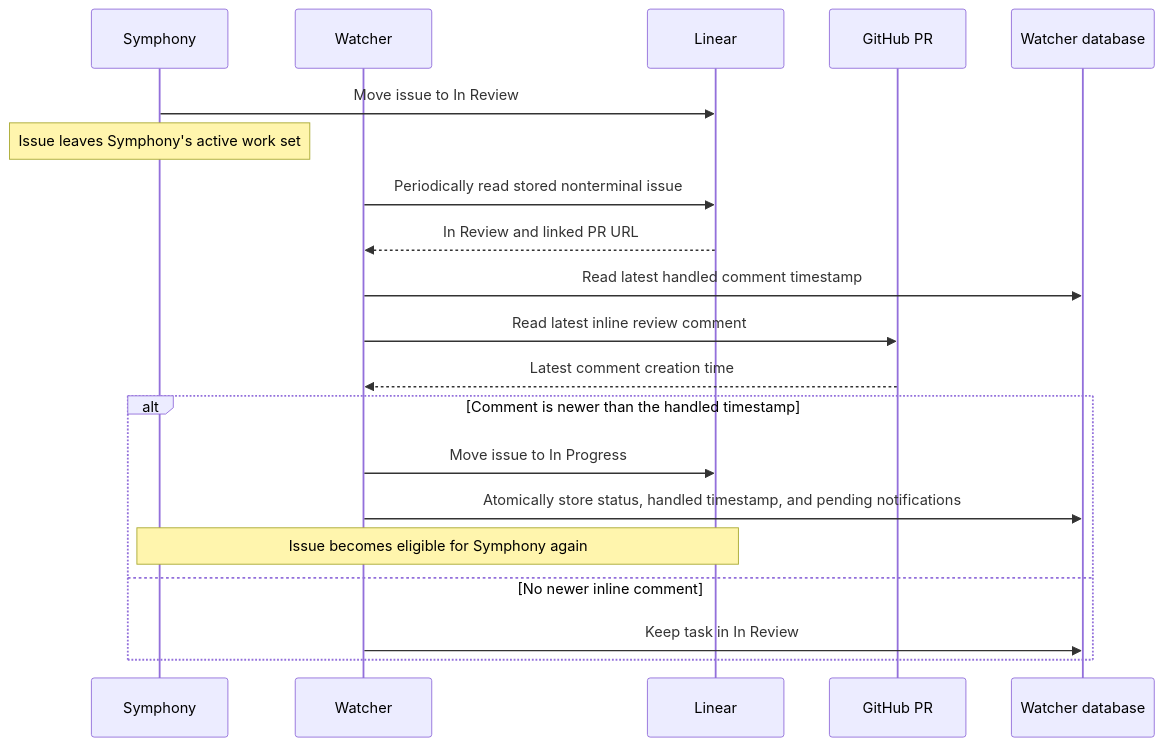
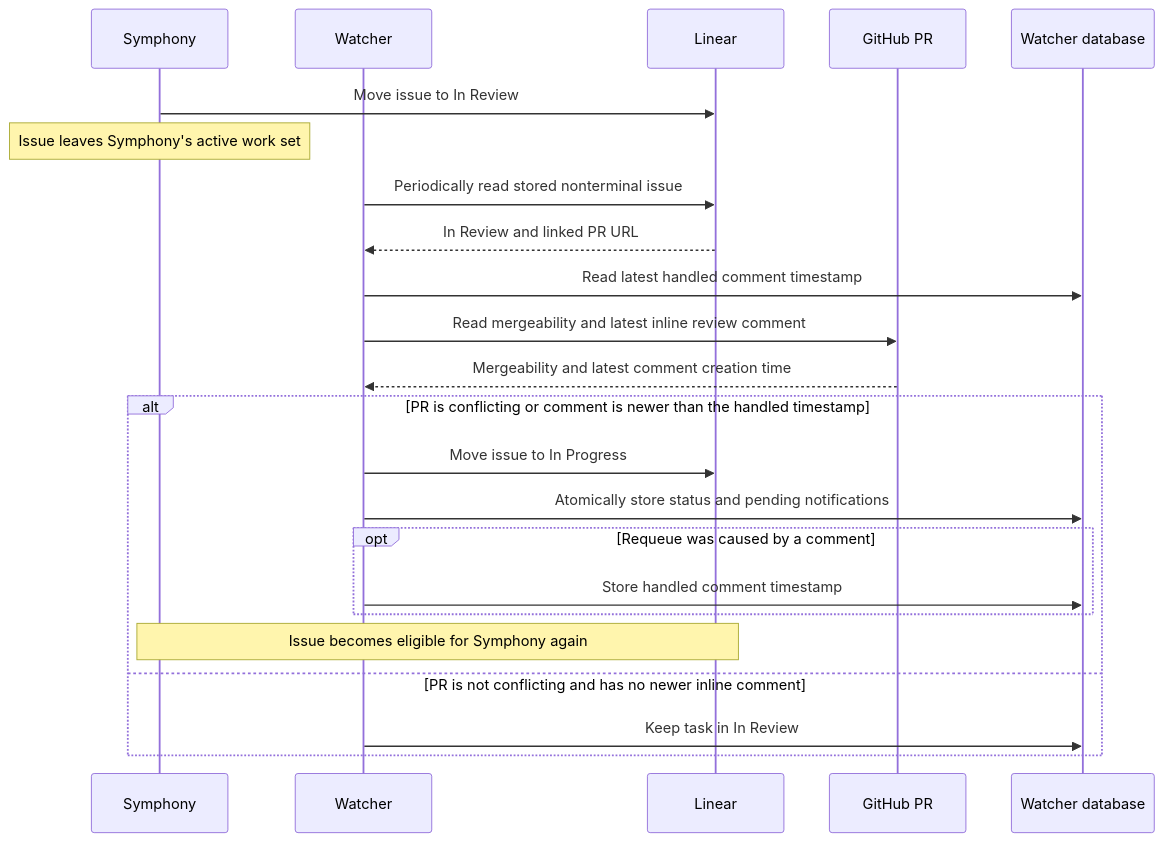
Before and after one commit to hiroppy/orchestrators: the second of 2 diagrams in docs/architecture.md, drawn with Mermaid. The commit also changed other lines of this file and 10 other files, not shown here.

First line of the commit message:
fix(watcher): requeue conflicting reviews (#72)

````diff
--- a/docs/architecture.md
+++ b/docs/architecture.md
@@ -103,23 +104,26 @@
 ```mermaid
 sequenceDiagram
   participant S as Symphony
   participant W as Watcher
   participant L as Linear
   participant G as GitHub PR
   participant DB as Watcher database
 
   S->>L: Move issue to In Review
   Note over S: Issue leaves Symphony's active work set
   W->>L: Periodically read stored nonterminal issue
   L-->>W: In Review and linked PR URL
   W->>DB: Read latest handled comment timestamp
-  W->>G: Read latest inline review comment
-  G-->>W: Latest comment creation time
-  alt Comment is newer than the handled timestamp
+  W->>G: Read mergeability and latest inline review comment
+  G-->>W: Mergeability and latest comment creation time
+  alt PR is conflicting or comment is newer than the handled timestamp
     W->>L: Move issue to In Progress
-    W->>DB: Atomically store status, handled timestamp, and pending notifications
+    W->>DB: Atomically store status and pending notifications
+    opt Requeue was caused by a comment
+      W->>DB: Store handled comment timestamp
+    end
     Note over S,L: Issue becomes eligible for Symphony again
-  else No newer inline comment
+  else PR is not conflicting and has no newer inline comment
     W->>DB: Keep task in In Review
   end
 ```
````
